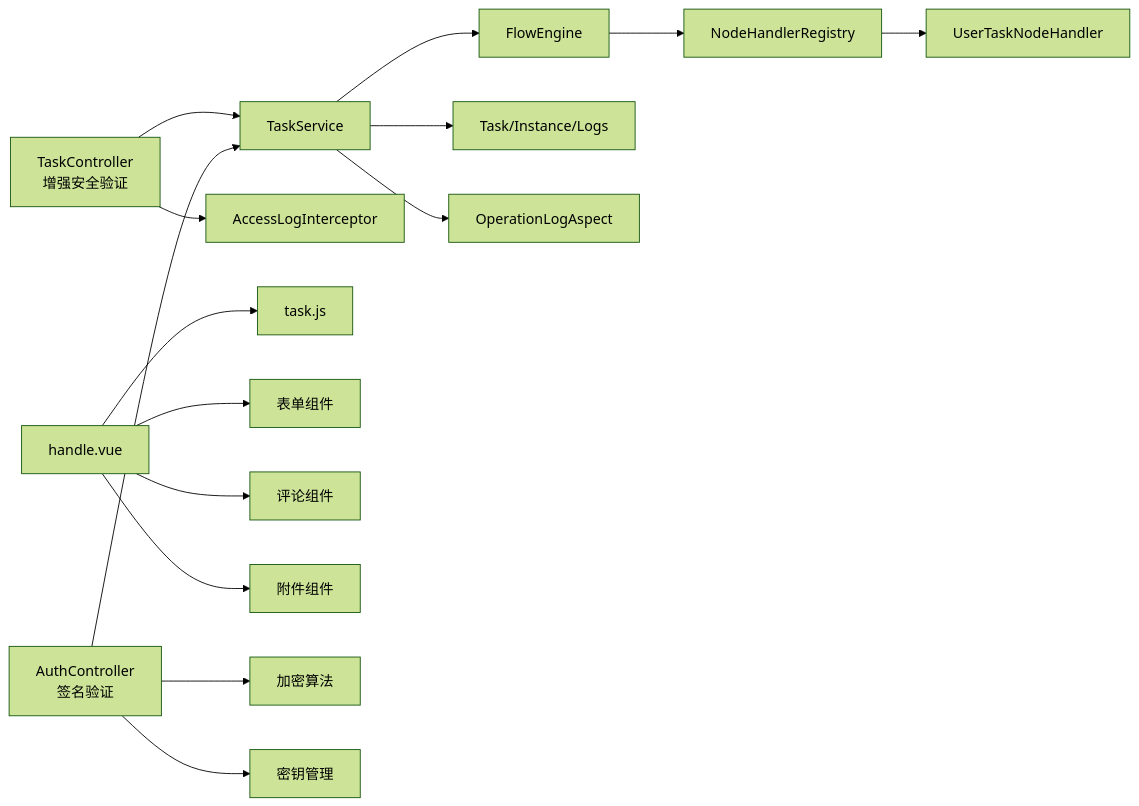
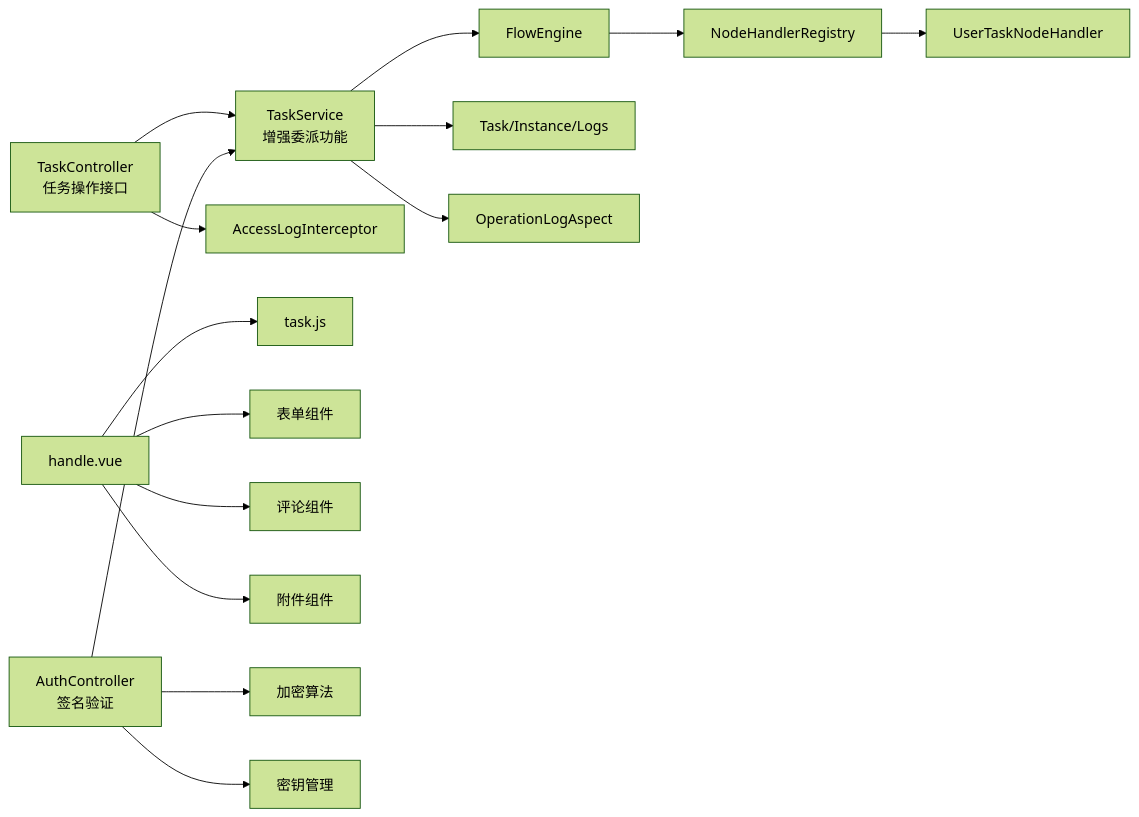
One commit to liming-lihaini/workflow changed diagram 11 of 11 in .qoder/repowiki/zh/content/任务管理/任务操作处理/任务操作处理.md. Above: the diagram before and after it, drawn with Mermaid (forest theme). The commit also changed other lines of this file and 27 other files, not shown here.

````diff
--- a/.qoder/repowiki/zh/content/任务管理/任务操作处理/任务操作处理.md
+++ b/.qoder/repowiki/zh/content/任务管理/任务操作处理/任务操作处理.md
@@ -612,17 +605,17 @@
 ```mermaid
 graph LR
-Ctrl["TaskController<br/>增强安全验证"] --> Svc["TaskService"]
+Ctrl["TaskController<br/>任务操作接口"] --> Svc["TaskService<br/>增强委派功能"]
 Auth["AuthController<br/>签名验证"] --> Svc
 Svc --> Eng["FlowEngine"]
 Eng --> Reg["NodeHandlerRegistry"]
 Reg --> Handler["UserTaskNodeHandler"]
 Svc --> DB["Task/Instance/Logs"]
 Ctrl --> Inter["AccessLogInterceptor"]
 Svc --> Aspect["OperationLogAspect"]
 Handle["handle.vue"] --> Api["task.js"]
 Handle --> Form["表单组件"]
 Handle --> Comment["评论组件"]
 Handle --> File["附件组件"]
 Auth --> Crypto["加密算法"]
 Auth --> KeyMgr["密钥管理"]
 ```
````
